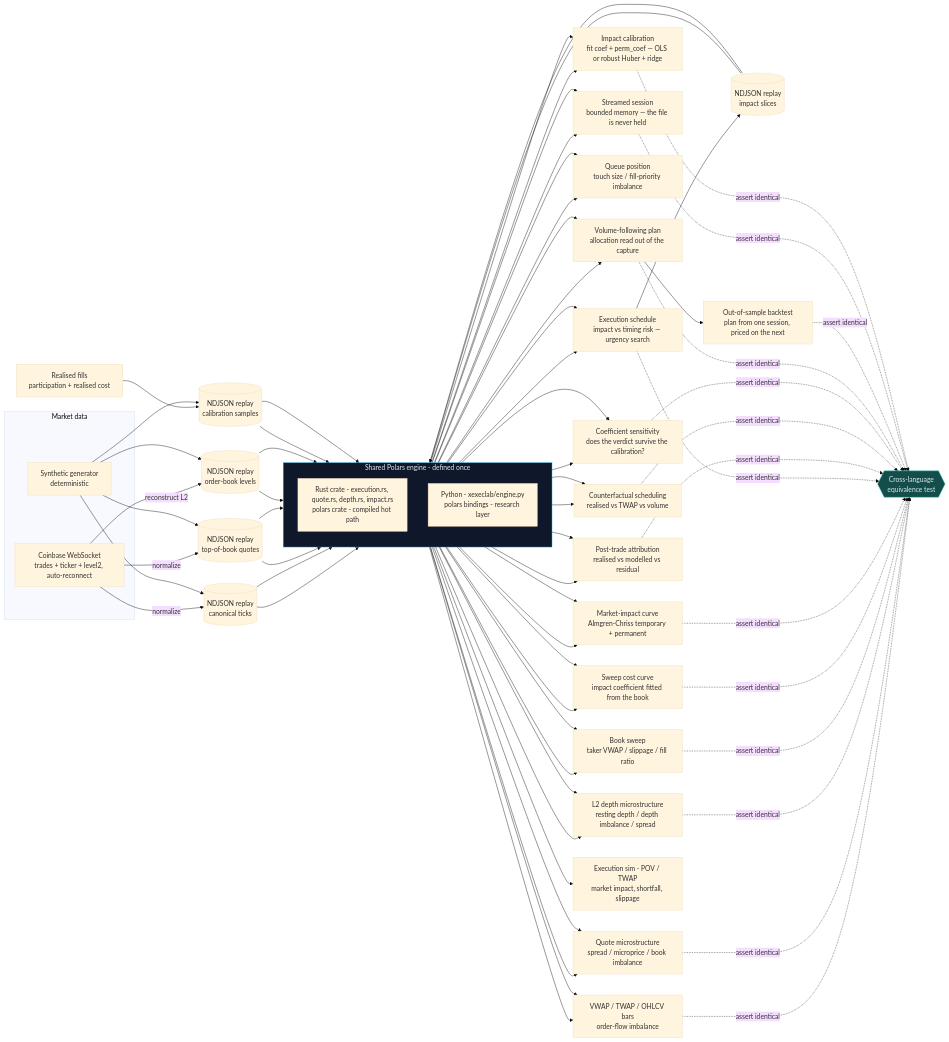
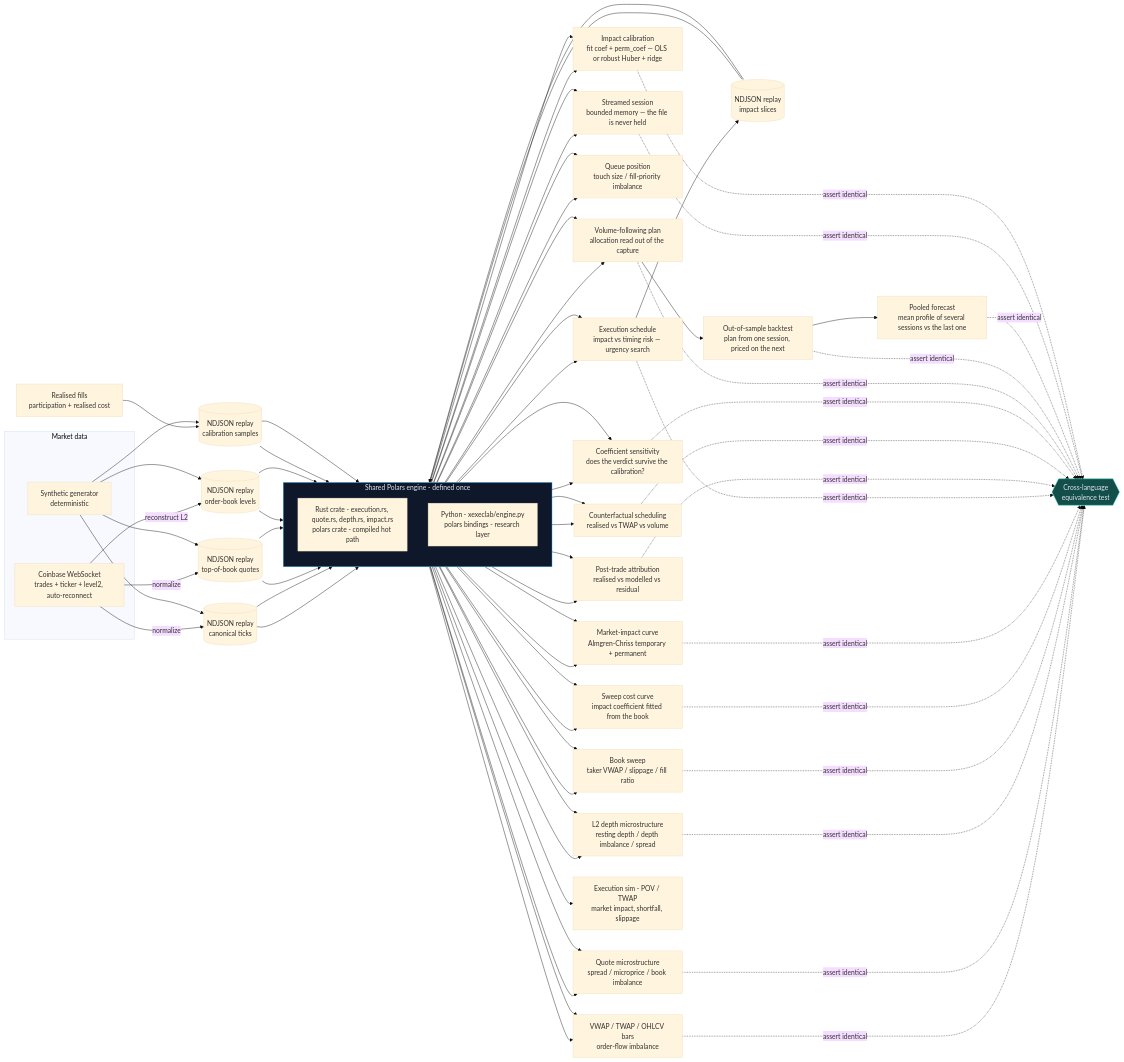
One commit to ghoshp83/polars-execution-lab changed the diagram in README.md. Above: the diagram before and after it, drawn with Mermaid (base theme). The commit also changed other lines of this file and 5 other files, not shown here.

```diff
--- a/README.md
+++ b/README.md
@@ -88,6 +88,7 @@
     RUST --> POV[Volume-following plan<br/>allocation read out of the capture]
     PY --> POV
     POV --> BT[Out-of-sample backtest<br/>plan from one session, priced on the next]
+    BT --> FC[Pooled forecast<br/>mean profile of several sessions vs the last one]
     RUST --> STREAM[Streamed session<br/>bounded memory — the file is never held]
     PY --> STREAM
     RUST --> CALIB[Impact calibration<br/>fit coef + perm_coef — OLS or robust Huber + ridge]
@@ -106,6 +107,7 @@
     SENS -.->|assert identical| EQ
     POV -.->|assert identical| EQ
     BT -.->|assert identical| EQ
+    FC -.->|assert identical| EQ
     STREAM -.->|assert identical| EQ
     CALIB -.->|assert identical| EQ
 
```
